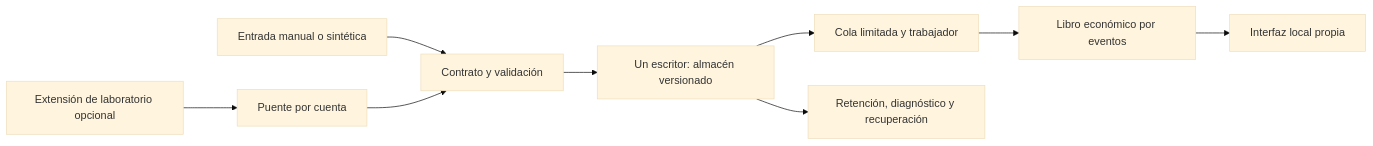
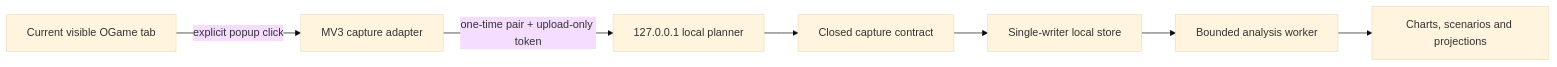
Before and after one commit to TaoKais/Ogameka-Manual-Preview: the diagram in ARCHITECTURE.md, drawn with Mermaid (base theme). The commit also changed other lines of this file and 30 other files, not shown here.

Commit message:
Replace manual preview with local capture planner 0.3.0

````diff
--- a/ARCHITECTURE.md
+++ b/ARCHITECTURE.md
@@ -3,11 +3,9 @@
 ```mermaid
 flowchart LR
-  M[Entrada manual o sintética] --> V[Contrato y validación]
-  L[Extensión de laboratorio opcional] --> B[Puente por cuenta]
-  B --> V
-  V --> S[Un escritor: almacén versionado]
-  S --> W[Cola limitada y trabajador]
-  W --> E[Libro económico por eventos]
-  E --> U[Interfaz local propia]
-  S --> P[Retención, diagnóstico y recuperación]
+  A[Current visible OGame tab] -->|explicit popup click| X[MV3 capture adapter]
+  X -->|one-time pair + upload-only token| L[127.0.0.1 local planner]
+  L --> C[Closed capture contract]
+  C --> S[Single-writer local store]
+  S --> W[Bounded analysis worker]
+  W --> U[Charts, scenarios and projections]
 ```
````
